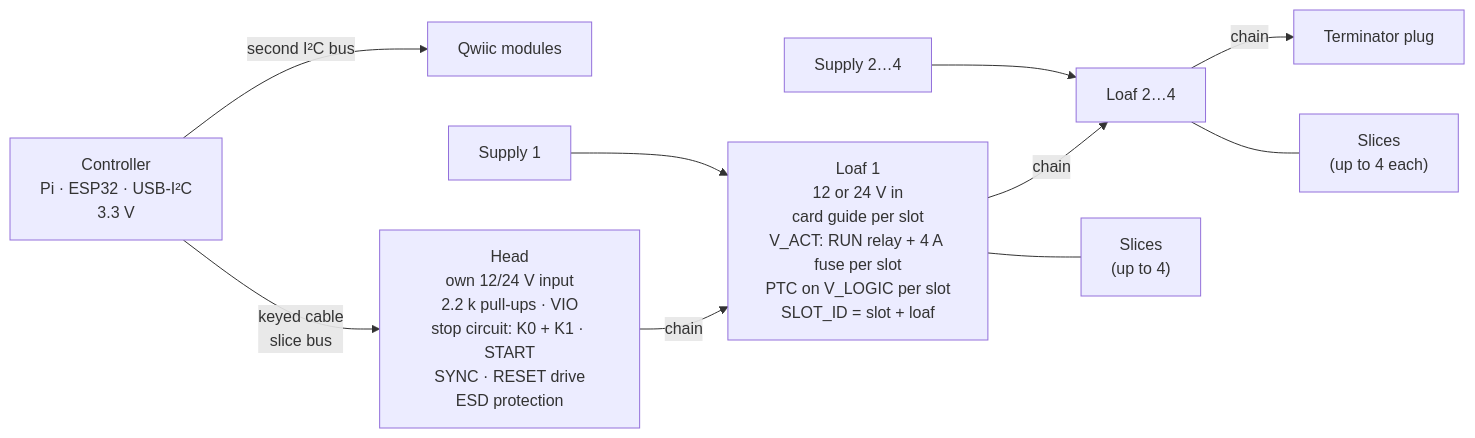
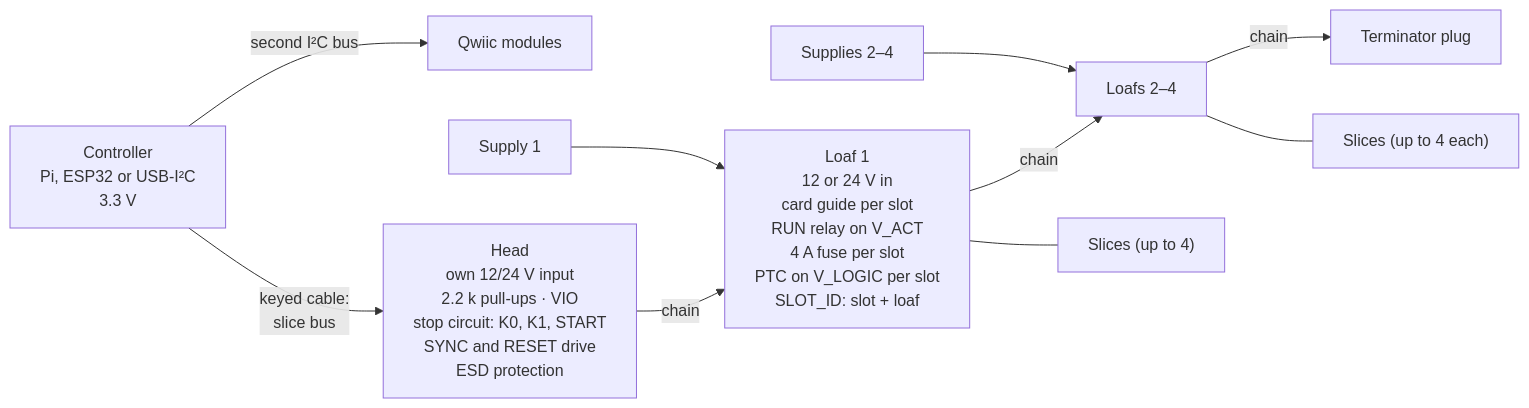
The diagram in rfcs/0001-g3/01-system.md (feastorg/bread-infra), drawn with Mermaid before and after one commit. The commit also changed 8 other files, not shown here.

````diff
--- a/rfcs/0001-g3/01-system.md
+++ b/rfcs/0001-g3/01-system.md
@@ -5,20 +5,21 @@
 ```mermaid
+%%{init: {"flowchart": {"wrappingWidth": 320}}}%%
 flowchart LR
-    CTRL["Controller<br/>Pi · ESP32 · USB-I²C<br/>3.3 V"]
+    CTRL["Controller<br/>Pi, ESP32 or USB-I²C<br/>3.3 V"]
     QW["Qwiic modules"]
-    HEAD["Head<br/>own 12/24 V input<br/>2.2 k pull-ups · VIO<br/>stop circuit: K0 + K1 · START<br/>SYNC · RESET drive<br/>ESD protection"]
-    L1["Loaf 1<br/>12 or 24 V in<br/>card guide per slot<br/>V_ACT: RUN relay + 4 A fuse per slot<br/>PTC on V_LOGIC per slot<br/>SLOT_ID = slot + loaf"]
-    L2["Loaf 2…4"]
+    HEAD["Head<br/>own 12/24 V input<br/>2.2 k pull-ups · VIO<br/>stop circuit: K0, K1, START<br/>SYNC and RESET drive<br/>ESD protection"]
+    L1["Loaf 1<br/>12 or 24 V in<br/>card guide per slot<br/>RUN relay on V_ACT<br/>4 A fuse per slot<br/>PTC on V_LOGIC per slot<br/>SLOT_ID: slot + loaf"]
+    L2["Loafs 2–4"]
     T["Terminator plug"]
-    S1["Slices<br/>(up to 4)"]
-    S2["Slices<br/>(up to 4 each)"]
+    S1["Slices (up to 4)"]
+    S2["Slices (up to 4 each)"]
     PSU1["Supply 1"] --> L1
-    PSU2["Supply 2…4"] --> L2
-    CTRL -- "keyed cable<br/>slice bus" --> HEAD
+    PSU2["Supplies 2–4"] --> L2
+    CTRL -- "keyed cable:<br/>slice bus" --> HEAD
     CTRL -- "second I²C bus" --> QW
     HEAD -- "chain" --> L1
     L1 -- "chain" --> L2
     L2 -- "chain" --> T
     L1 --- S1
     L2 --- S2
 ```
````
